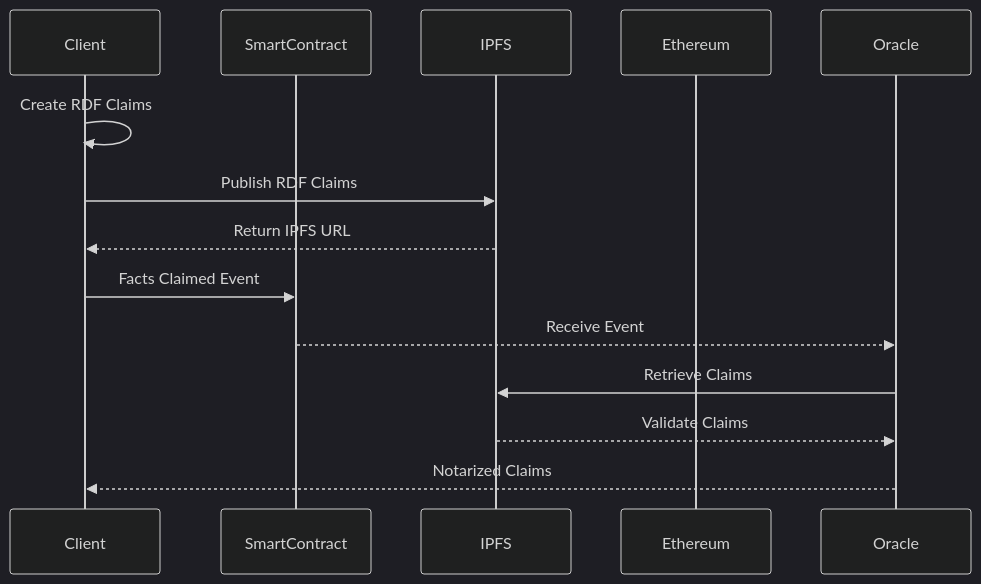
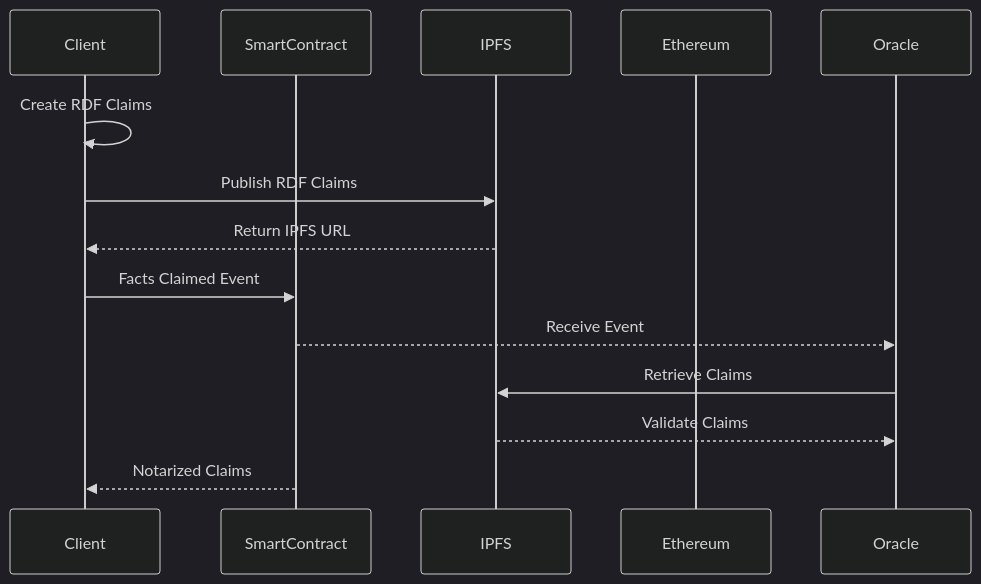
Before and after one commit to fact-claims/fact.claims: the third of 3 diagrams in www/content/rfc/draft.md, drawn with Mermaid (dark theme).

````diff
--- a/www/content/rfc/draft.md
+++ b/www/content/rfc/draft.md
@@ -122,17 +122,17 @@
 ```mermaid
 sequenceDiagram
     participant Client
     participant SmartContract
     participant IPFS
     participant Ethereum
     participant Oracle
 
     Client->>Client: Create RDF Claims
     Client->>IPFS: Publish RDF Claims
     IPFS-->>Client: Return IPFS URL
     Client->>SmartContract: Facts Claimed Event
     SmartContract-->>Oracle: Receive Event
     Oracle->>IPFS: Retrieve Claims
     IPFS-->>Oracle: Validate Claims
-    Oracle-->>Client: Notarized Claims
+    SmartContract-->>Client: Notarized Claims
 ```
````
